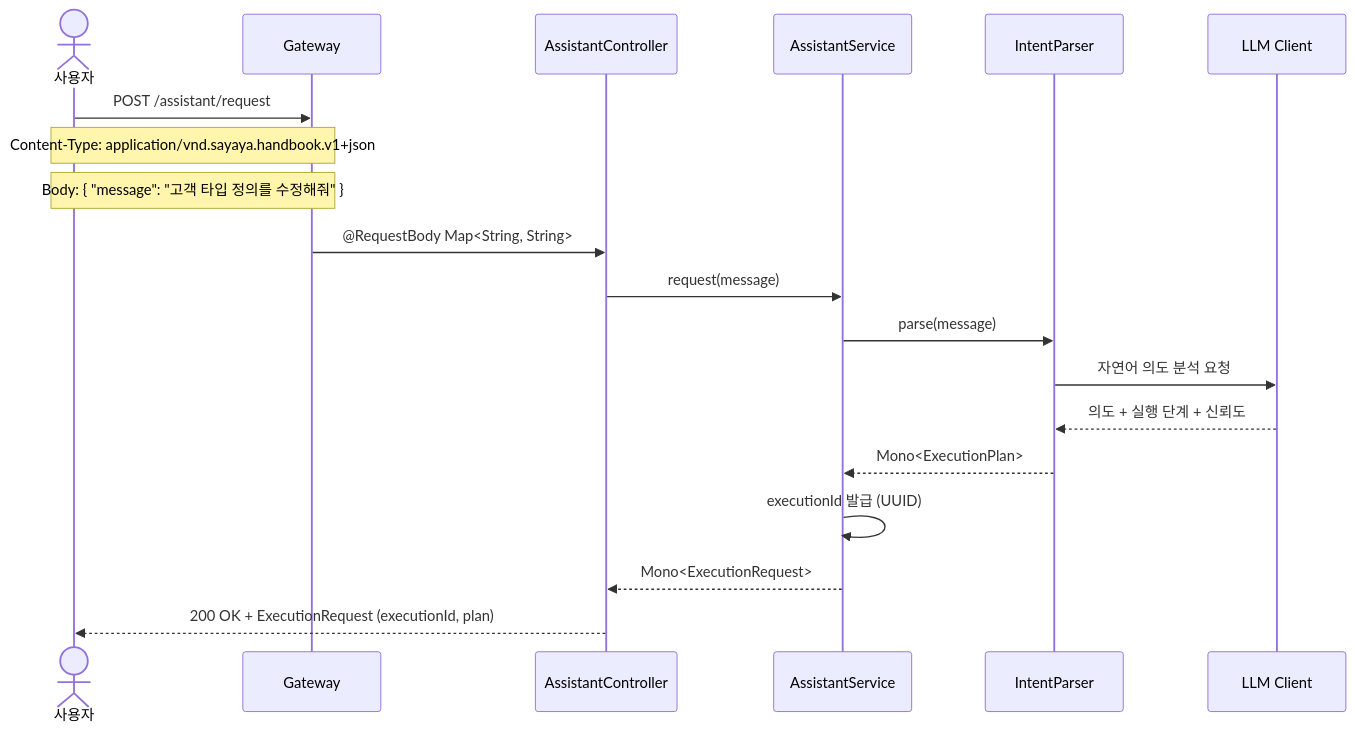
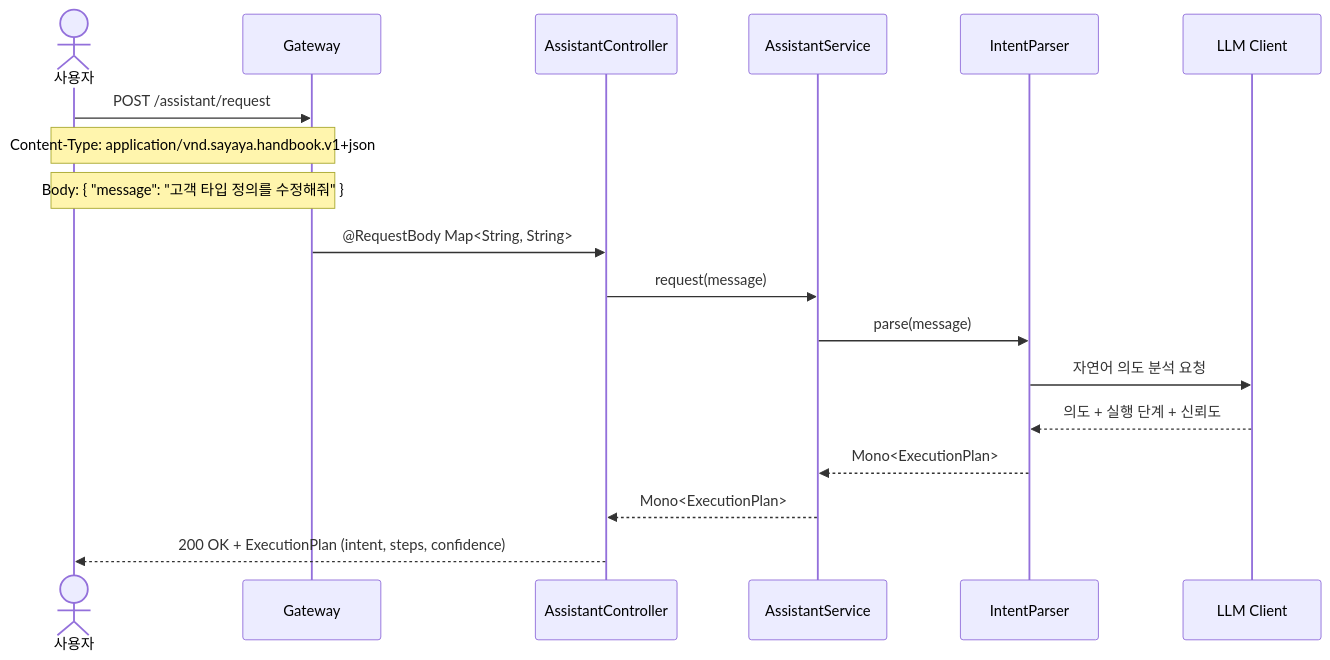
The first of 7 diagrams in assistant/USECASE.md (sayaya1090/handbook), drawn with Mermaid before and after one commit. The commit also changed other lines of this file and 645 other files, not shown here.

````diff
--- a/assistant/USECASE.md
+++ b/assistant/USECASE.md
@@ -5,22 +5,21 @@
 ```mermaid
 sequenceDiagram
     actor User as 사용자
     participant GW as Gateway
     participant Ctrl as AssistantController
     participant Svc as AssistantService
     participant Parser as IntentParser
     participant LLM as LLM Client
 
     User->>GW: POST /assistant/request
     Note over User,GW: Content-Type: application/vnd.sayaya.handbook.v1+json
     Note over User,GW: Body: { "message": "고객 타입 정의를 수정해줘" }
     GW->>Ctrl: @RequestBody Map<String, String>
     Ctrl->>Svc: request(message)
     Svc->>Parser: parse(message)
     Parser->>LLM: 자연어 의도 분석 요청
     LLM-->>Parser: 의도 + 실행 단계 + 신뢰도
     Parser-->>Svc: Mono<ExecutionPlan>
-    Svc->>Svc: executionId 발급 (UUID)
-    Svc-->>Ctrl: Mono<ExecutionRequest>
-    Ctrl-->>User: 200 OK + ExecutionRequest (executionId, plan)
+    Svc-->>Ctrl: Mono<ExecutionPlan>
+    Ctrl-->>User: 200 OK + ExecutionPlan (intent, steps, confidence)
 ```
````
